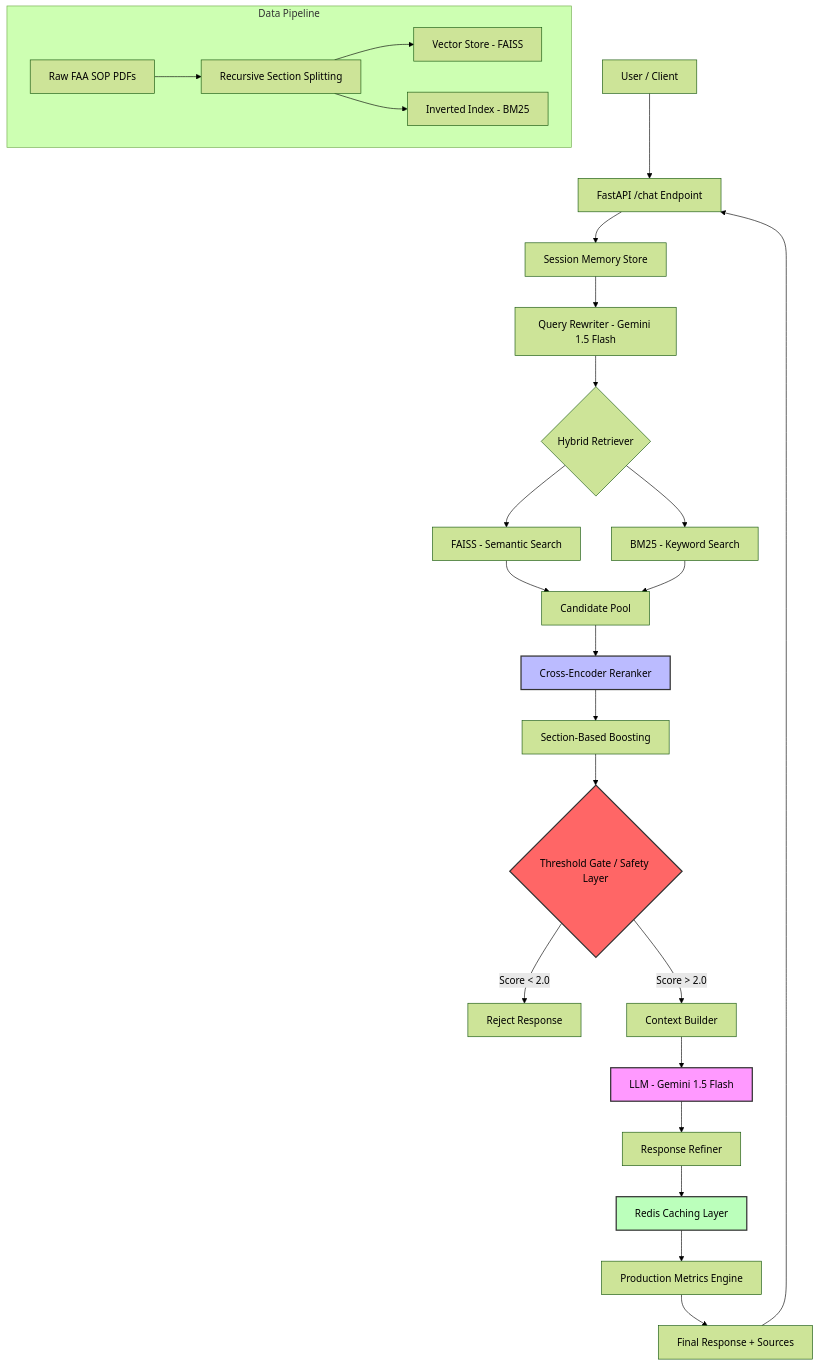
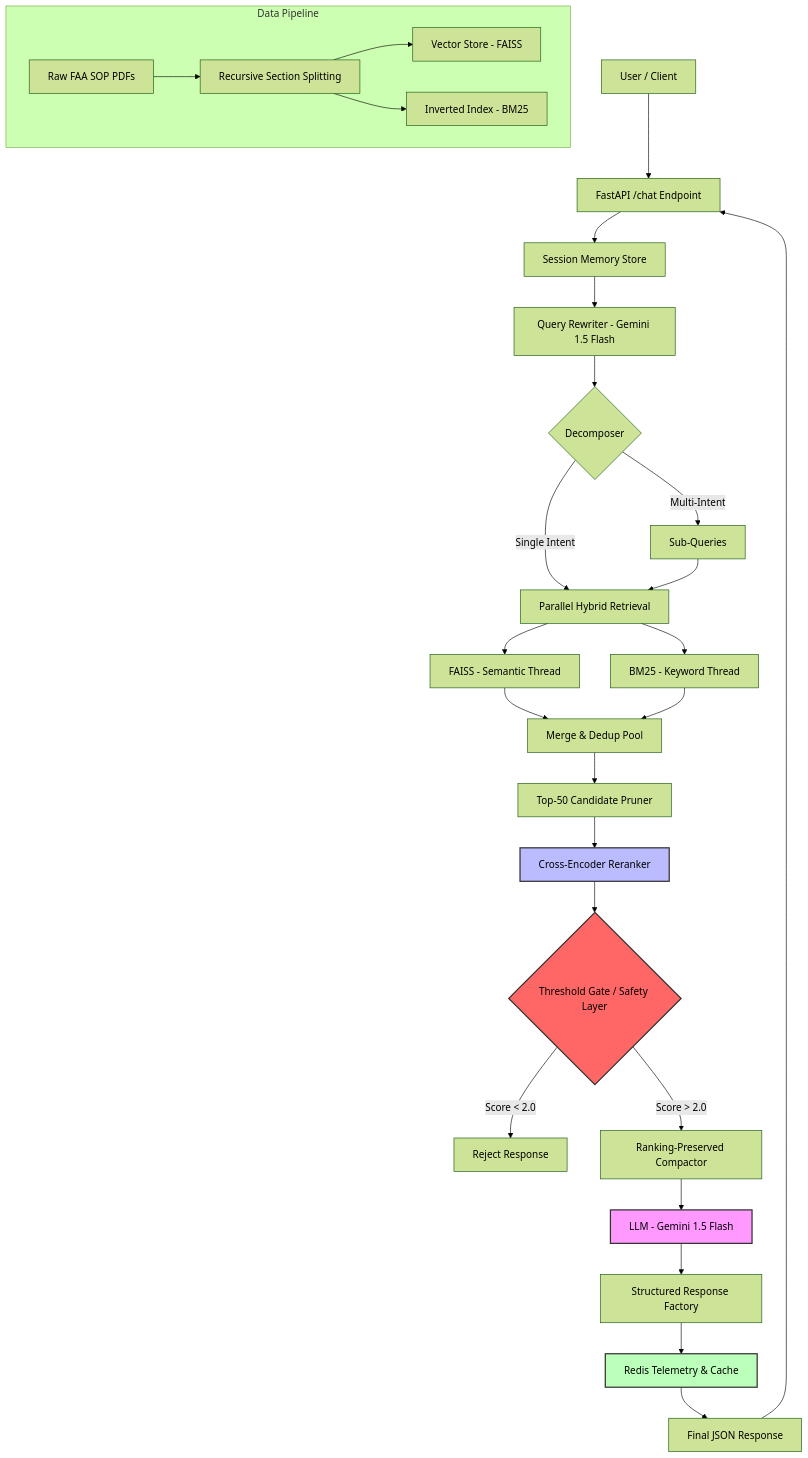
Before and after one commit to zeeshan2423/aviation-rag: the diagram in docs/SYSTEM_DESIGN.md, drawn with Mermaid (forest theme). The commit also changed other lines of this file and 2 other files, not shown here.

Commit message:
docs: update system architecture and technical specifications for Phase 2 upgrades

````diff
--- a/docs/SYSTEM_DESIGN.md
+++ b/docs/SYSTEM_DESIGN.md
@@ -11,46 +11,50 @@
 ```mermaid
 flowchart TD
     A[User / Client] --> B[FastAPI /chat Endpoint]
 
     B --> C[Session Memory Store]
     C --> D[Query Rewriter - Gemini 1.5 Flash]
 
-    D --> E{Hybrid Retriever}
-    E --> E1[FAISS - Semantic Search]
-    E --> E2[BM25 - Keyword Search]
+    D --> E{Decomposer}
+    E -- Multi-Intent --> EQ[Sub-Queries]
+    E -- Single Intent --> EP[Parallel Hybrid Retrieval]
+    
+    EQ --> EP
+    
+    EP --> E1[FAISS - Semantic Thread]
+    EP --> E2[BM25 - Keyword Thread]
 
-    E1 --> F[Candidate Pool]
+    E1 --> F[Merge & Dedup Pool]
     E2 --> F
 
-    F --> G[Cross-Encoder Reranker]
-    G --> H[Section-Based Boosting]
+    F --> G[Top-50 Candidate Pruner]
+    G --> H[Cross-Encoder Reranker]
 
     H --> I{Threshold Gate / Safety Layer}
     I -- Score < 2.0 --> J[Reject Response]
-    I -- Score > 2.0 --> K[Context Builder]
+    I -- Score > 2.0 --> K[Ranking-Preserved Compactor]
 
     K --> L[LLM - Gemini 1.5 Flash]
-    L --> M[Response Refiner]
+    L --> M[Structured Response Factory]
 
-    M --> N[Redis Caching Layer]
-    N --> O[Production Metrics Engine]
-    O --> P[Final Response + Sources]
+    M --> N[Redis Telemetry & Cache]
+    N --> O[Final JSON Response]
 
-    P --> B
+    O --> B
 
     subgraph Data Pipeline
         Q[Raw FAA SOP PDFs]
         R[Recursive Section Splitting]
         S[Vector Store - FAISS]
         T[Inverted Index - BM25]
     end
 
     Q --> R
     R --> S
     R --> T
 
     style L fill:#f9f,stroke:#333,stroke-width:2px
-    style G fill:#bbf,stroke:#333,stroke-width:2px
+    style H fill:#bbf,stroke:#333,stroke-width:2px
     style N fill:#bfb,stroke:#333,stroke-width:2px
     style I fill:#f66,stroke:#333,stroke-width:2px
 ```
````
